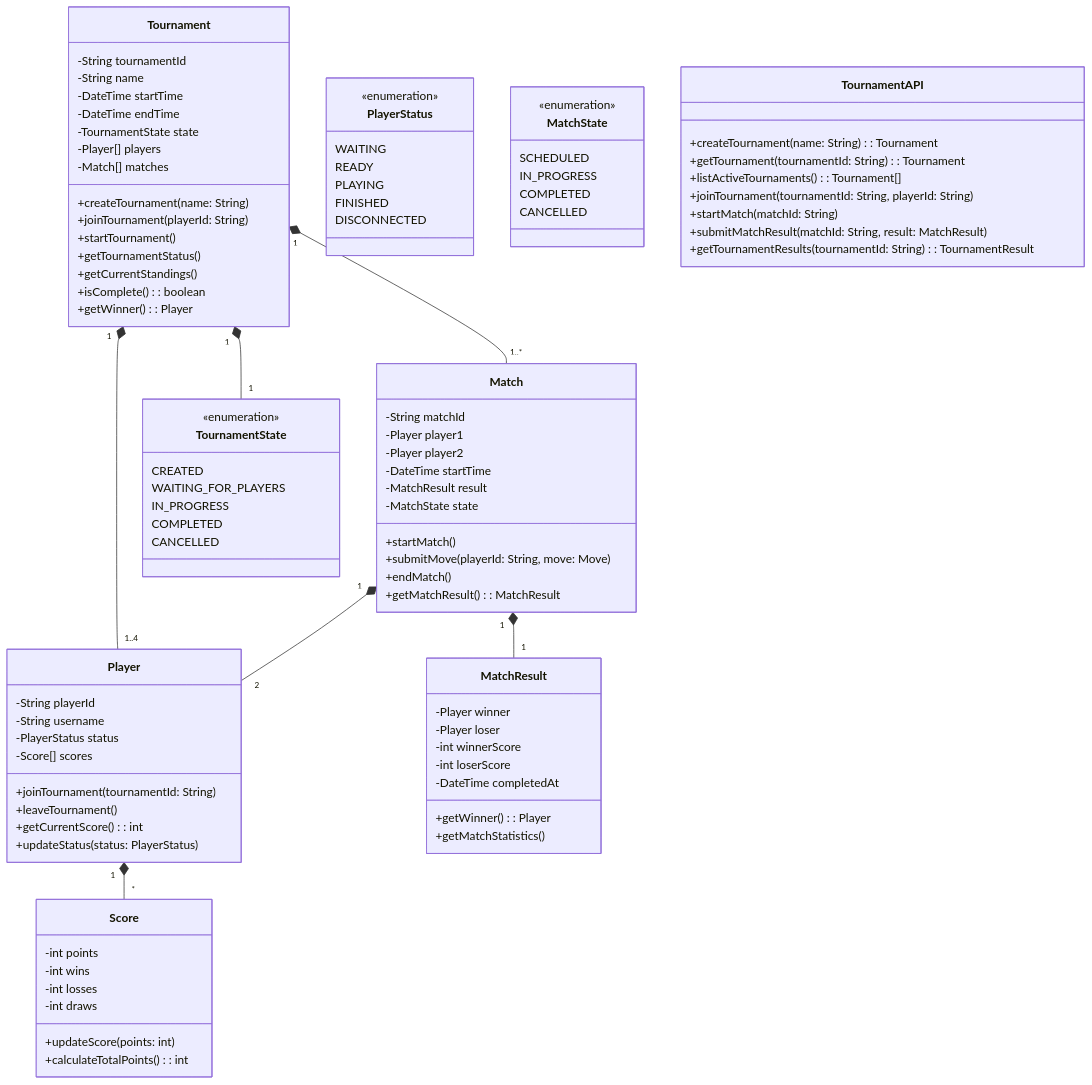
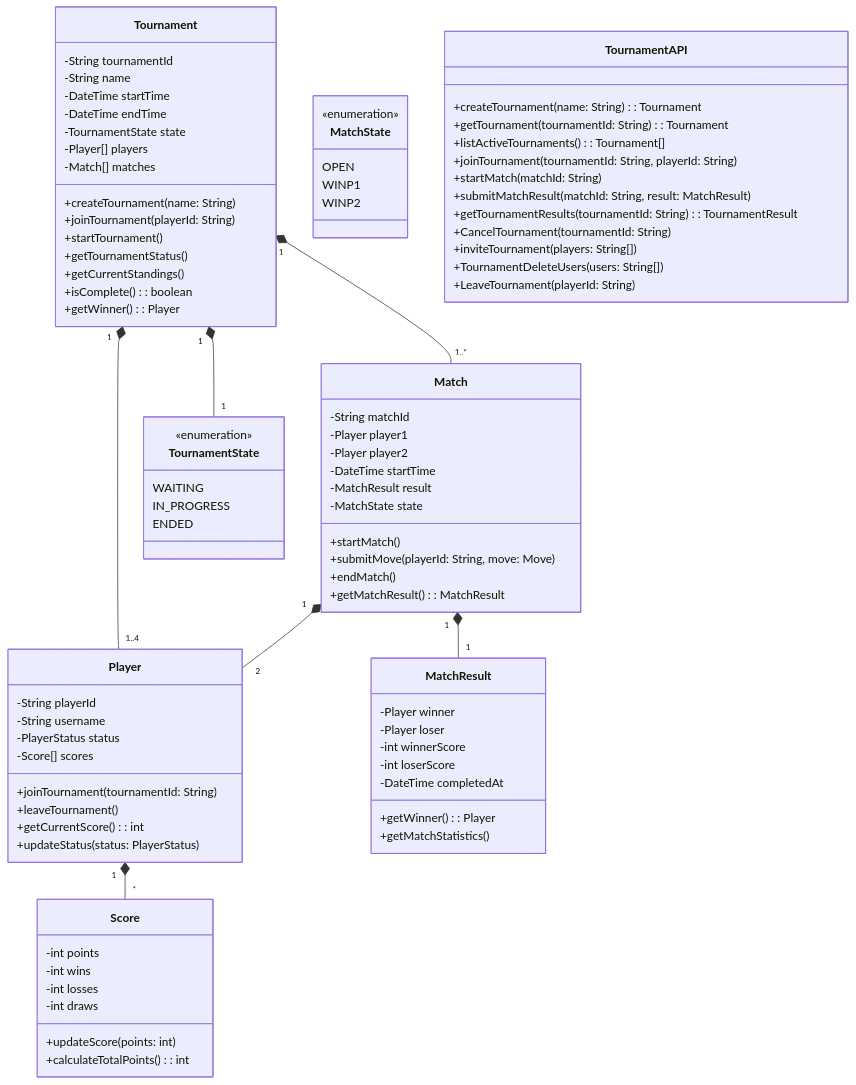
Before and after one commit to samuelemusiani/vezgammon: the diagram in doc/uml/tournaments.mermaid, drawn with Mermaid. The commit also changed 1 other file, not shown here.

Commit message:
change tournaments chart

```diff
--- a/doc/uml/tournaments.mermaid
+++ b/doc/uml/tournaments.mermaid
@@ -1,103 +1,95 @@
 classDiagram
     Tournament "1" *-- "1..4" Player
     Tournament "1" *-- "1..*" Match
     Tournament "1" *-- "1" TournamentState
     Match "1" *-- "2" Player
     Match "1" *-- "1" MatchResult
     Player "1" *-- "*" Score
     
     class Tournament {
         -String tournamentId
         -String name
         -DateTime startTime
         -DateTime endTime
         -TournamentState state
         -Player[] players
         -Match[] matches
         +createTournament(name: String)
         +joinTournament(playerId: String)
         +startTournament()
         +getTournamentStatus()
         +getCurrentStandings()
         +isComplete(): boolean
         +getWinner(): Player
     }
 
     class TournamentState {
         <<enumeration>>
-        CREATED
-        WAITING_FOR_PLAYERS
+        WAITING
         IN_PROGRESS
-        COMPLETED
-        CANCELLED
+        ENDED
     }
 
     class Player {
         -String playerId
         -String username
         -PlayerStatus status
         -Score[] scores
         +joinTournament(tournamentId: String)
         +leaveTournament()
         +getCurrentScore(): int
         +updateStatus(status: PlayerStatus)
-    }
-
-    class PlayerStatus {
-        <<enumeration>>
-        WAITING
-        READY
-        PLAYING
-        FINISHED
-        DISCONNECTED
     }
 
     class Match {
         -String matchId
         -Player player1
         -Player player2
         -DateTime startTime
         -MatchResult result
         -MatchState state
         +startMatch()
         +submitMove(playerId: String, move: Move)
         +endMatch()
         +getMatchResult(): MatchResult
     }
 
     class MatchState {
         <<enumeration>>
-        SCHEDULED
-        IN_PROGRESS
-        COMPLETED
-        CANCELLED
+        OPEN
+        WINP1
+        WINP2
     }
 
     class MatchResult {
         -Player winner
         -Player loser
         -int winnerScore
         -int loserScore
         -DateTime completedAt
         +getWinner(): Player
         +getMatchStatistics()
     }
 
     class Score {
         -int points
         -int wins
         -int losses
         -int draws
         +updateScore(points: int)
         +calculateTotalPoints(): int
     }
 
     class TournamentAPI {
         +createTournament(name: String): Tournament
         +getTournament(tournamentId: String): Tournament
         +listActiveTournaments(): Tournament[]
         +joinTournament(tournamentId: String, playerId: String)
         +startMatch(matchId: String)
         +submitMatchResult(matchId: String, result: MatchResult)
         +getTournamentResults(tournamentId: String): TournamentResult
+        +CancelTournament(tournamentId: String)
+        +inviteTournament(players: String[])
+        +TournamentDeleteUsers(users: String[])
+        +LeaveTournament(playerId: String)
     }
```
